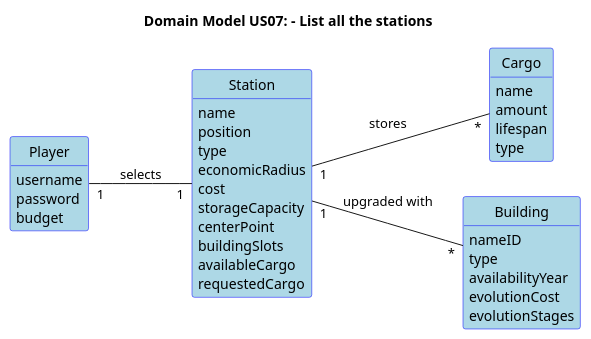
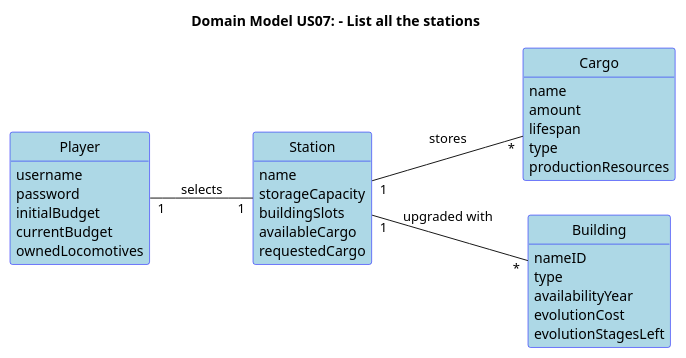
Before and after one commit to HenriqueSilva18/Railway-Network-Simulator: the diagram in docs/system-documentation/Sprint 2/US07/02.analysis/puml/US007-DM.puml, drawn with PlantUML. The commit also changed 11 other files, not shown here.

```diff
--- a/docs/system-documentation/Sprint 2/US07/02.analysis/puml/US007-DM.puml
+++ b/docs/system-documentation/Sprint 2/US07/02.analysis/puml/US007-DM.puml
@@ -1,58 +1,56 @@
 @startuml
 
 skinparam packageStyle rectangle
  skinparam shadowing false
  skinparam classAttributeIconSize 0
  skinparam class {
    BackgroundColor LightBlue
    BorderColor Blue
  }
 
  left to right direction
 
  skinparam classAttributeIconSize 0
 
  hide circle
  hide methods
 
 title Domain Model US07: - List all the stations
 
 class Player {
     username
     password
-    budget
+    initialBudget
+    currentBudget
+    ownedLocomotives
   }
 
 class Station {
     name
-    position
-    type
-    economicRadius
-    cost
     storageCapacity
-    centerPoint
     buildingSlots
     availableCargo
     requestedCargo
   }
 
 class Cargo {
    name
    amount
    lifespan
    type
+   productionResources
   }
 
 class Building {
     nameID
     type
     availabilityYear
     evolutionCost
-    evolutionStages
+    evolutionStagesLeft
   }
 
 
 Player "1" -- "1" Station : selects
 Station "1" -- "*" Cargo : stores
 Station "1" -- "*" Building : upgraded with
 @enduml
```
